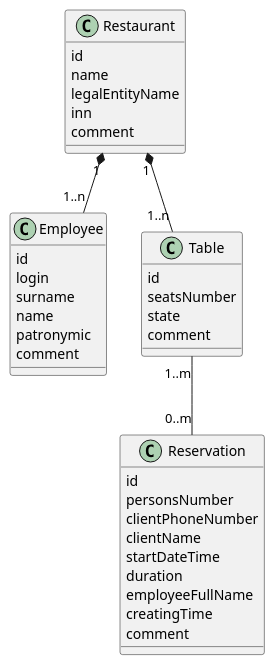
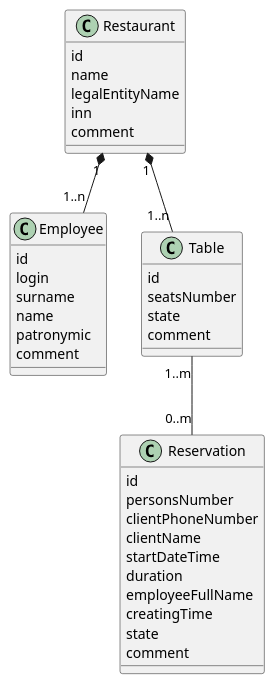
Before and after one commit to PavelPutin/restobook: the diagram in documentation/диаграммы/Диаграмма классов сущностей.pu, drawn with PlantUML. The commit also changed 6 other files, not shown here.

Commit message:
fix: rewrote system classes diagram

```diff
--- a/documentation/диаграммы/Диаграмма классов сущностей.pu
+++ b/documentation/диаграммы/Диаграмма классов сущностей.pu
@@ -1,43 +1,44 @@
 @startuml Диаграмма классов сущностей
 
 class Restaurant {
     id
     name
     legalEntityName
     inn
     comment
 }
 
 class Employee {
     id
     login
     surname
     name
     patronymic
     comment
 }
 
 class Table {
     id
     seatsNumber
     state
     comment
 }
 
 class Reservation {
     id
     personsNumber
     clientPhoneNumber
     clientName
     startDateTime
     duration
     employeeFullName
     creatingTime
+    state
     comment
 }
 
 Restaurant "1" *-- "1..n" Employee
 Restaurant "1" *-- "1..n" Table
 Table "1..m" -- "0..m" Reservation
 
 @enduml
```
